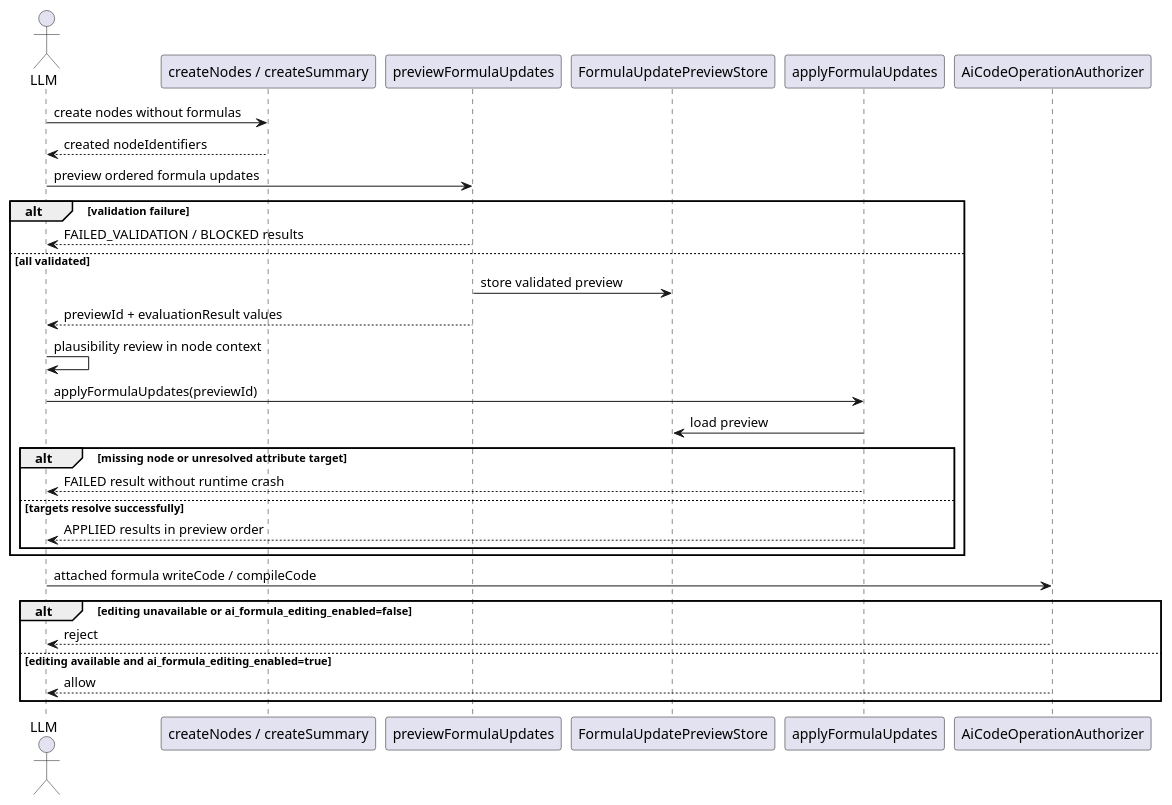
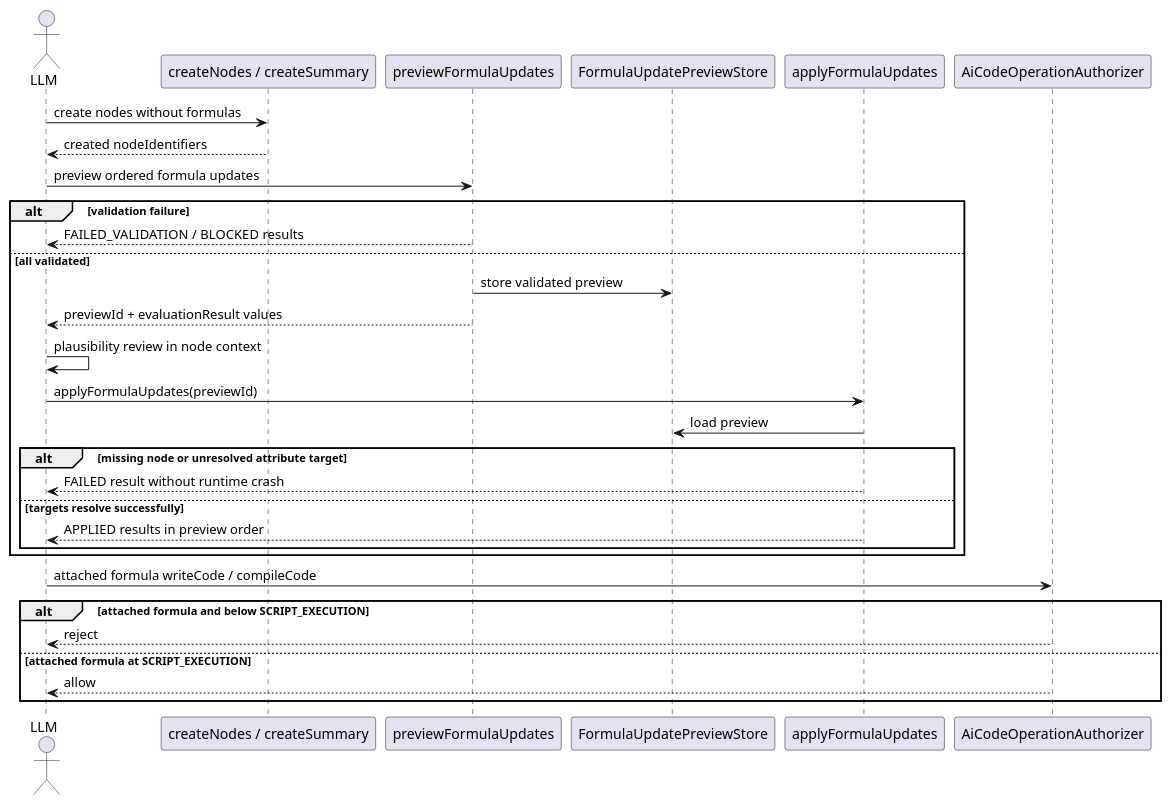
Before and after one commit to hyperdreamer/freeplane: the fourth of 5 diagrams in ai-specs/tasks/review/allow-formula-authoring-behind-ai-formula-edit-option.md, drawn with PlantUML. The commit also changed other lines of this file and 27 other files, not shown here.

````diff
--- a/ai-specs/tasks/review/allow-formula-authoring-behind-ai-formula-edit-option.md
+++ b/ai-specs/tasks/review/allow-formula-authoring-behind-ai-formula-edit-option.md
@@ -635,36 +621,36 @@
   ```plantuml
   @startuml
   actor "LLM" as LLM
   participant "createNodes / createSummary" as CreateTool
   participant "previewFormulaUpdates" as PreviewTool
   participant "FormulaUpdatePreviewStore" as PreviewStore
   participant "applyFormulaUpdates" as ApplyTool
   participant "AiCodeOperationAuthorizer" as CodeAuth
 
   LLM -> CreateTool: create nodes without formulas
   CreateTool --> LLM: created nodeIdentifiers
 
   LLM -> PreviewTool: preview ordered formula updates
   alt validation failure
     PreviewTool --> LLM: FAILED_VALIDATION / BLOCKED results
   else all validated
     PreviewTool -> PreviewStore: store validated preview
     PreviewTool --> LLM: previewId + evaluationResult values
     LLM -> LLM: plausibility review in node context
     LLM -> ApplyTool: applyFormulaUpdates(previewId)
     ApplyTool -> PreviewStore: load preview
     alt missing node or unresolved attribute target
       ApplyTool --> LLM: FAILED result without runtime crash
     else targets resolve successfully
       ApplyTool --> LLM: APPLIED results in preview order
     end
   end
 
   LLM -> CodeAuth: attached formula writeCode / compileCode
-  alt editing unavailable or ai_formula_editing_enabled=false
+  alt attached formula and below SCRIPT_EXECUTION
     CodeAuth --> LLM: reject
-  else editing available and ai_formula_editing_enabled=true
+  else attached formula at SCRIPT_EXECUTION
     CodeAuth --> LLM: allow
   end
   @enduml
   ```
````
